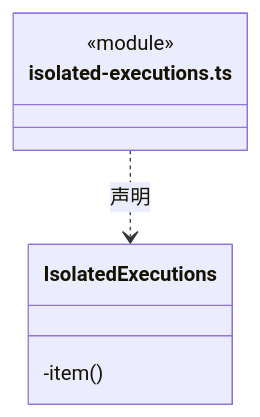
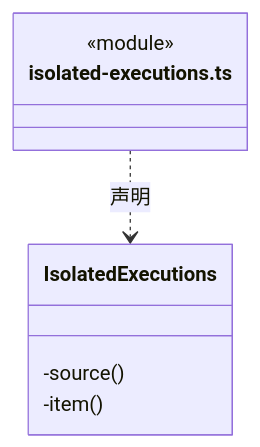
One commit to nan023062/cbim changed the fifth of 5 diagrams in src/logic/file-operations/service/ARCHITECTURE.md. Above: the diagram before and after it, drawn with Mermaid. The commit also changed other lines of this file and 139 other files, not shown here.

Commit message:
docs(architecture): add source reading paths and complete file inventories

````diff
--- a/src/logic/file-operations/service/ARCHITECTURE.md
+++ b/src/logic/file-operations/service/ARCHITECTURE.md
@@ -119,10 +124,11 @@
 ```mermaid
 classDiagram
 class N_src_logic_file_operations_service_isolated_executions_ts["isolated-executions.ts"] {
   <<module>>
 }
 class N_src_logic_file_operations_service_isolated_executions_ts_IsolatedExecutions["IsolatedExecutions"] {
+  -source()
   -item()
 }
 N_src_logic_file_operations_service_isolated_executions_ts ..> N_src_logic_file_operations_service_isolated_executions_ts_IsolatedExecutions : 声明
 ```
````
